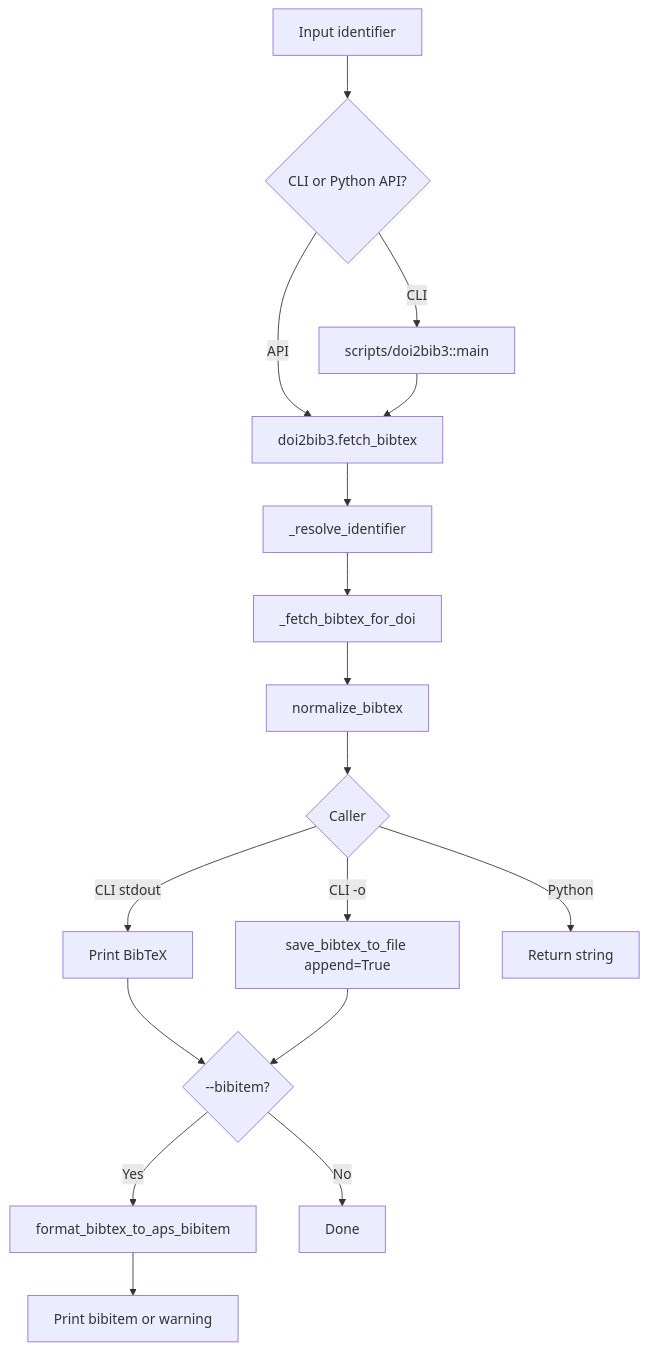
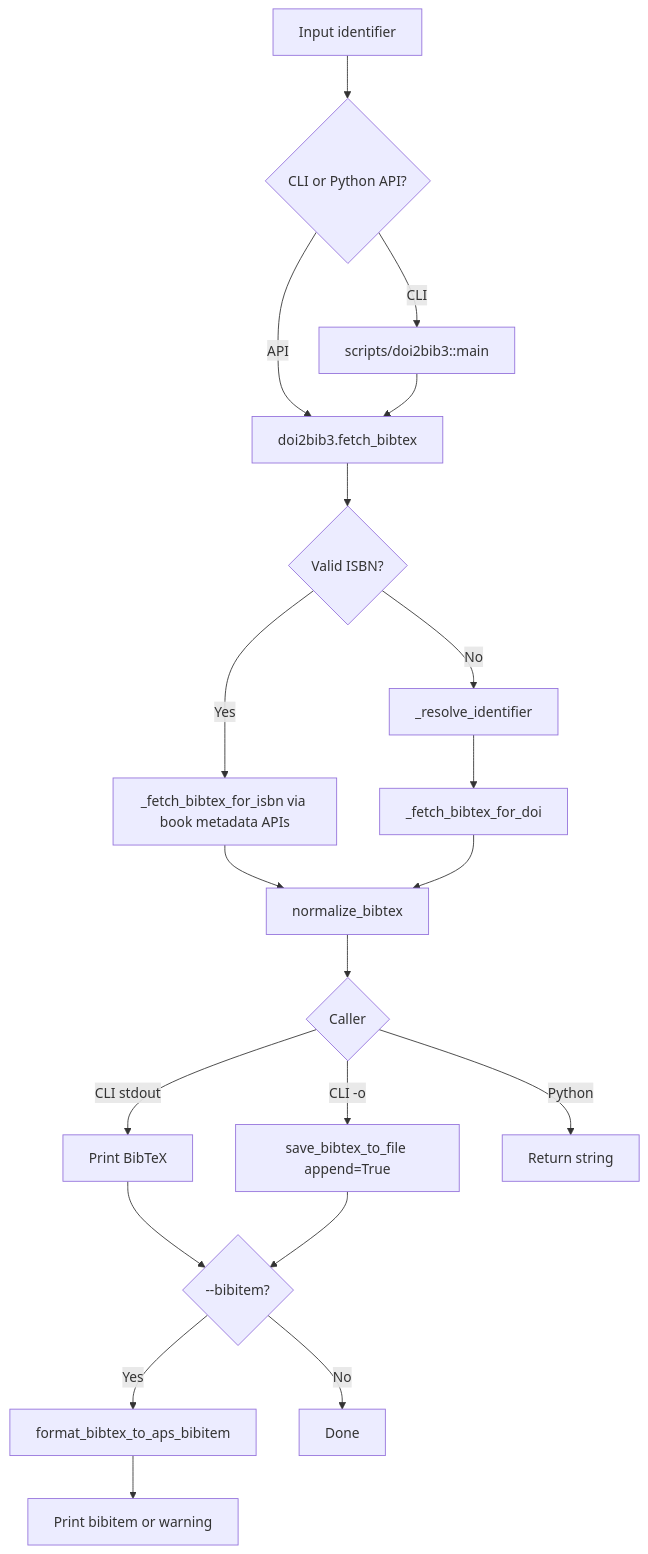
Before and after one commit to archisman-panigrahi/doi2bib3: the first of 5 diagrams in docs/ALGORITHM_VISUALS.md, drawn with Mermaid. The commit also changed other lines of this file and 6 other files, not shown here.

````diff
--- a/docs/ALGORITHM_VISUALS.md
+++ b/docs/ALGORITHM_VISUALS.md
@@ -7,19 +7,22 @@
 ```mermaid
 flowchart TD
     A[Input identifier] --> B{CLI or Python API?}
     B -->|CLI| C[scripts/doi2bib3::main]
     B -->|API| D[doi2bib3.fetch_bibtex]
     C --> D
-    D --> E[_resolve_identifier]
-    E --> F[_fetch_bibtex_for_doi]
-    F --> G[normalize_bibtex]
+    D --> E{Valid ISBN?}
+    E -->|Yes| IB[_fetch_bibtex_for_isbn via book metadata APIs]
+    E -->|No| R[_resolve_identifier]
+    R --> F[_fetch_bibtex_for_doi]
+    IB --> G[normalize_bibtex]
+    F --> G
     G --> H{Caller}
     H -->|CLI stdout| I[Print BibTeX]
     H -->|CLI -o| J[save_bibtex_to_file append=True]
     H -->|Python| K[Return string]
     I --> L{--bibitem?}
     J --> L
     L -->|Yes| M[format_bibtex_to_aps_bibitem]
     L -->|No| N[Done]
     M --> O[Print bibitem or warning]
 ```
````
